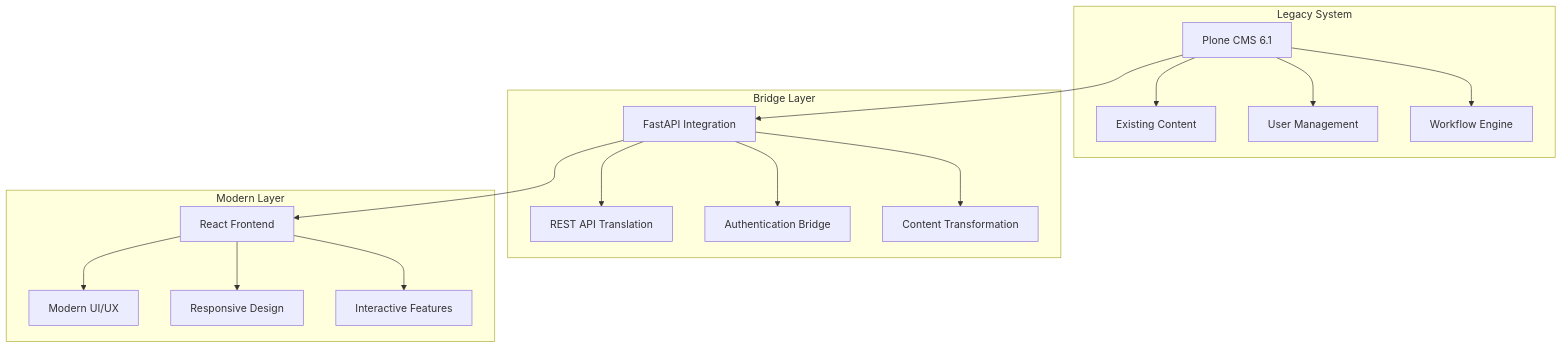
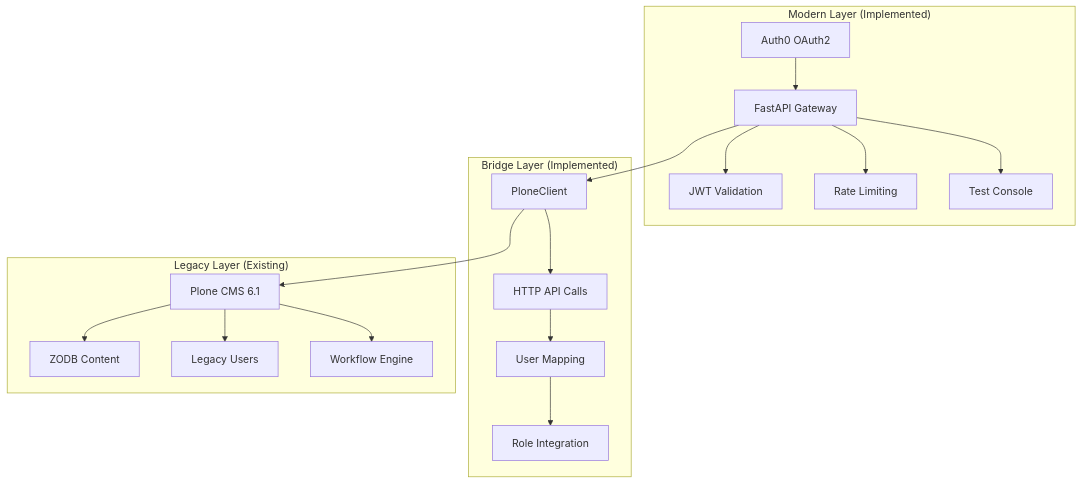
Before and after one commit to ryanmosz/eduhub: the first of 4 diagrams in docs/architecture/system-architecture.md, drawn with Mermaid. The commit also changed other lines of this file and 7 other files, not shown here.

````diff
--- a/docs/architecture/system-architecture.md
+++ b/docs/architecture/system-architecture.md
@@ -37,23 +34,24 @@
 ```mermaid
 graph TB
-    subgraph "Legacy System"
-        A[Plone CMS 6.1] --> B[Existing Content]
-        A --> C[User Management]
-        A --> D[Workflow Engine]
+    subgraph "Modern Layer (Implemented)"
+        A[Auth0 OAuth2] --> B[FastAPI Gateway]
+        B --> C[JWT Validation]
+        B --> D[Rate Limiting]
+        B --> E[Test Console]
     end
 
-    subgraph "Bridge Layer"
-        E[FastAPI Integration] --> F[REST API Translation]
-        E --> G[Authentication Bridge]
-        E --> H[Content Transformation]
+    subgraph "Bridge Layer (Implemented)"
+        F[PloneClient] --> G[HTTP API Calls]
+        G --> H[User Mapping]
+        H --> I[Role Integration]
     end
 
-    subgraph "Modern Layer"
-        I[React Frontend] --> J[Modern UI/UX]
-        I --> K[Responsive Design]
-        I --> L[Interactive Features]
+    subgraph "Legacy Layer (Existing)"
+        J[Plone CMS 6.1] --> K[ZODB Content]
+        J --> L[Legacy Users]
+        J --> M[Workflow Engine]
     end
 
-    A --> E
-    E --> I
+    B --> F
+    F --> J
 ```
````
